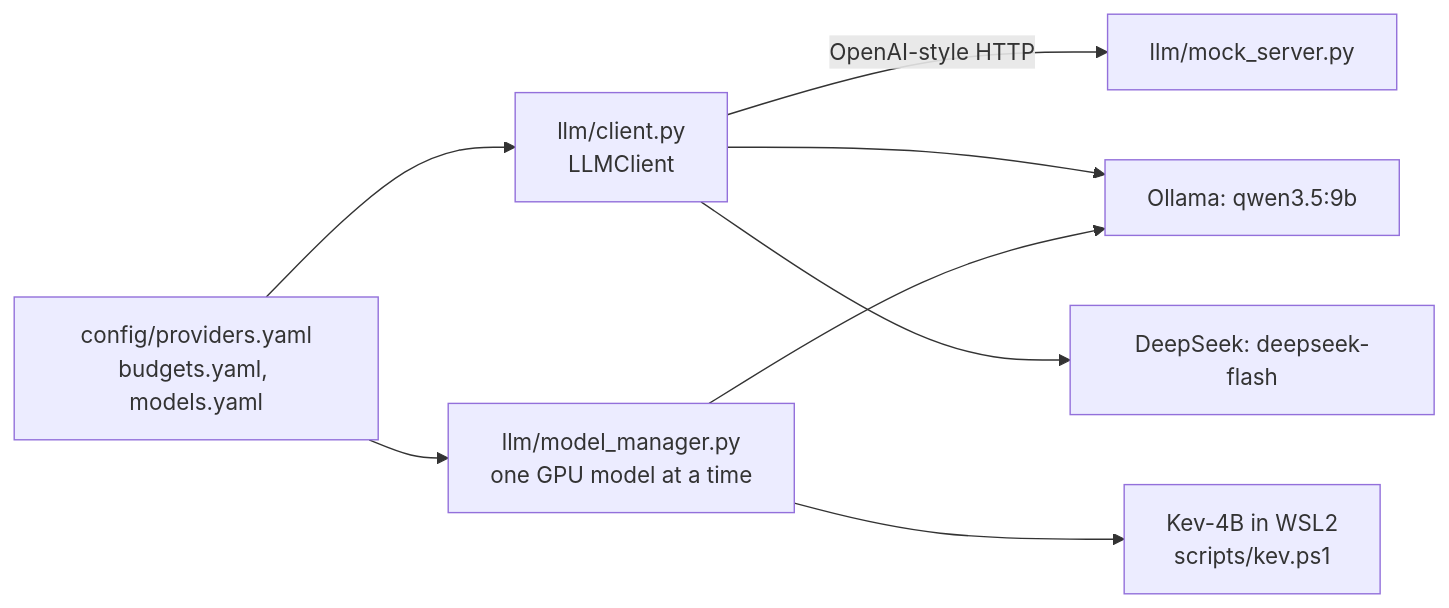
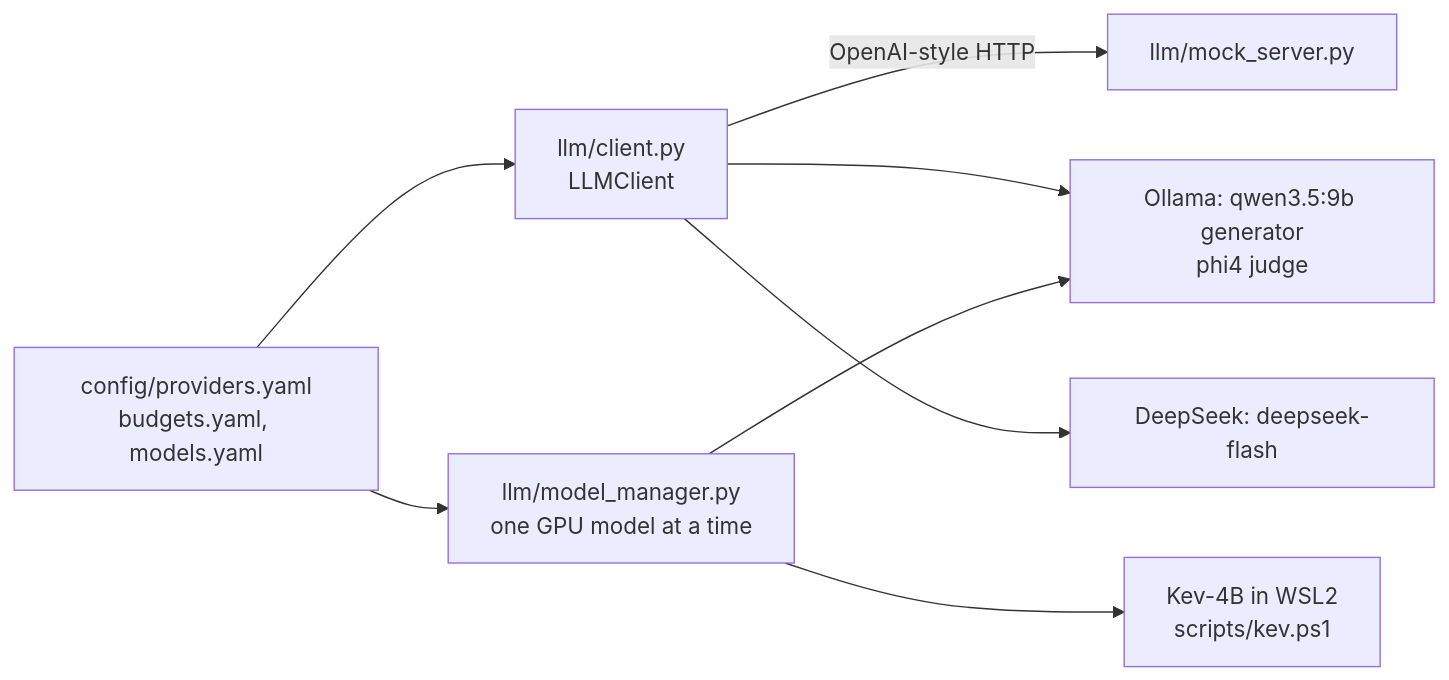
Before and after one commit to sycrus/refdesk: the second of 4 diagrams in docs/architecture.md, drawn with Mermaid. The commit also changed other lines of this file and 2 other files, not shown here.

First line of the commit message:
docs: refresh README, architecture and evals README to 28 October

````diff
--- a/docs/architecture.md
+++ b/docs/architecture.md
@@ -40,10 +41,10 @@
 ```mermaid
 flowchart LR
   CLIENT[llm/client.py<br/>LLMClient] -->|OpenAI-style HTTP| MOCK[llm/mock_server.py]
-  CLIENT --> OLLAMA[Ollama: qwen3.5:9b]
+  CLIENT --> OLLAMA[Ollama: qwen3.5:9b generator<br/>phi4 judge]
   CLIENT --> DS[DeepSeek: deepseek-flash]
   MM[llm/model_manager.py<br/>one GPU model at a time] --> OLLAMA
   MM --> KEV[Kev-4B in WSL2<br/>scripts/kev.ps1]
   CFG[config/providers.yaml<br/>budgets.yaml, models.yaml] --> CLIENT
   CFG --> MM
 ```
````
